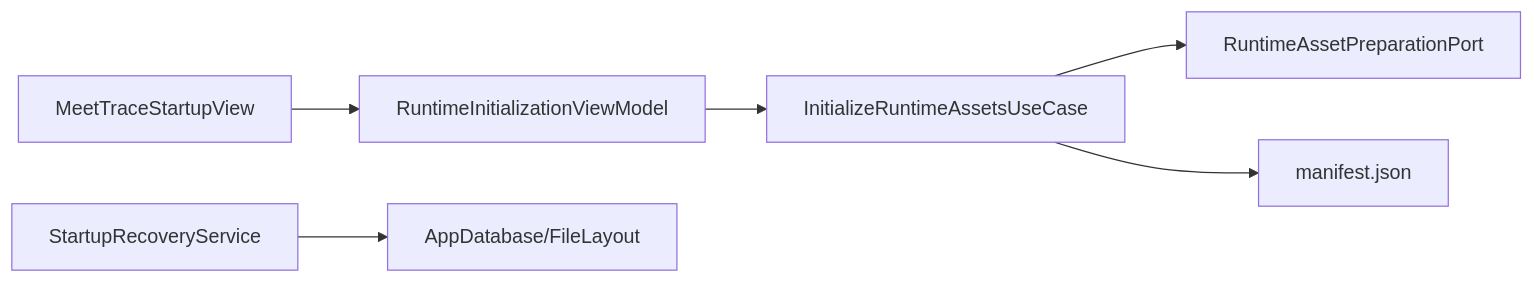
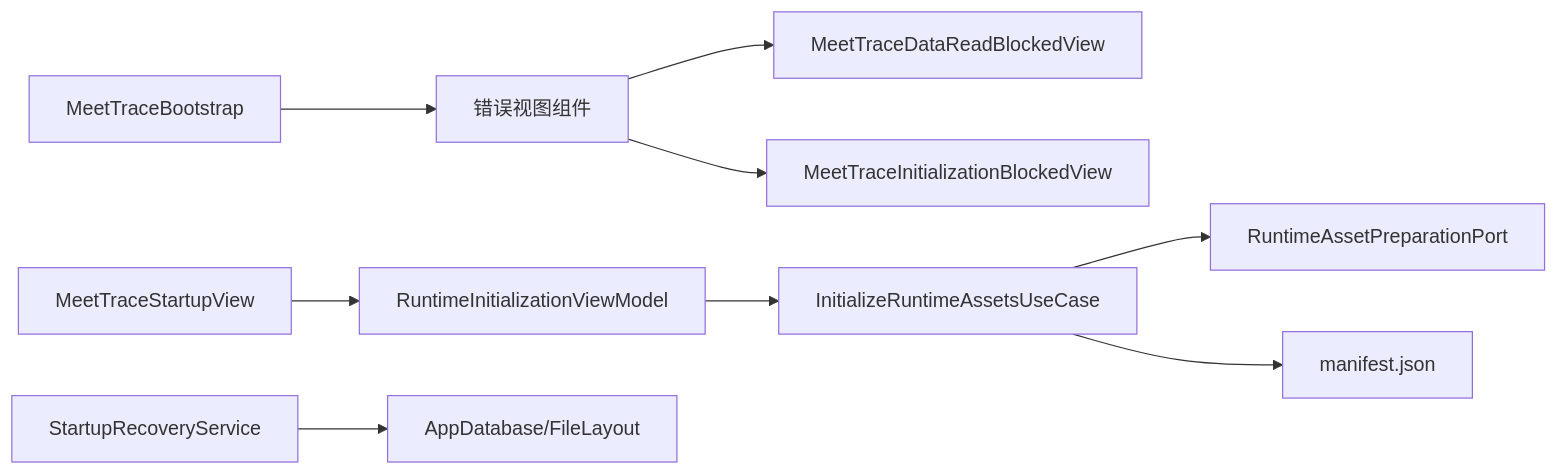
The eighth of 8 diagrams in .qoder/repowiki/zh/content/用户界面组件/主要视图组件/启动视图.md (zhangheng2022/meet_trace), drawn with Mermaid before and after one commit. The commit also changed other lines of this file and 220 other files, not shown here.

````diff
--- a/.qoder/repowiki/zh/content/用户界面组件/主要视图组件/启动视图.md
+++ b/.qoder/repowiki/zh/content/用户界面组件/主要视图组件/启动视图.md
@@ -274,8 +313,11 @@
 ```mermaid
 graph LR
+Bootstrap["MeetTraceBootstrap"] --> ErrorViews["错误视图组件"]
+ErrorViews --> DataReadBlocked["MeetTraceDataReadBlockedView"]
+ErrorViews --> InitBlocked["MeetTraceInitializationBlockedView"]
 UI["MeetTraceStartupView"] --> VM["RuntimeInitializationViewModel"]
 VM --> UC["InitializeRuntimeAssetsUseCase"]
 UC --> Port["RuntimeAssetPreparationPort"]
 Recovery["StartupRecoveryService"] --> DB["AppDatabase/FileLayout"]
 UC --> Manifest["manifest.json"]
 ```
````
